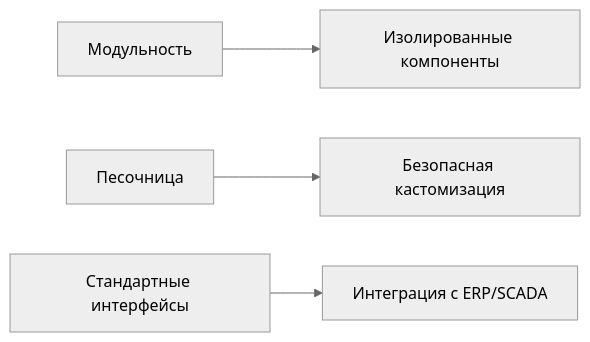
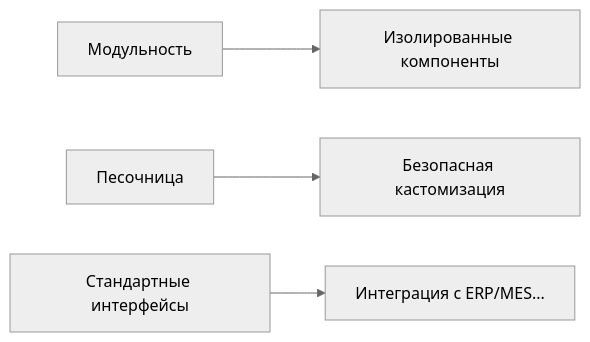
Before and after one commit to kat-spb/JustTests: the first of 5 diagrams in arch_flexibility.md, drawn with Mermaid (neutral theme).

````diff
--- a/arch_flexibility.md
+++ b/arch_flexibility.md
@@ -4,6 +4,6 @@
 ```mermaid
 graph LR
     A[Модульность] --> B[Изолированные компоненты]
     C[Песочница] --> D[Безопасная кастомизация]
-    E[Стандартные интерфейсы] --> F[Интеграция с ERP/SCADA]
+    E[Стандартные интерфейсы] --> F[Интеграция с ERP/MES...]
 ```
````
